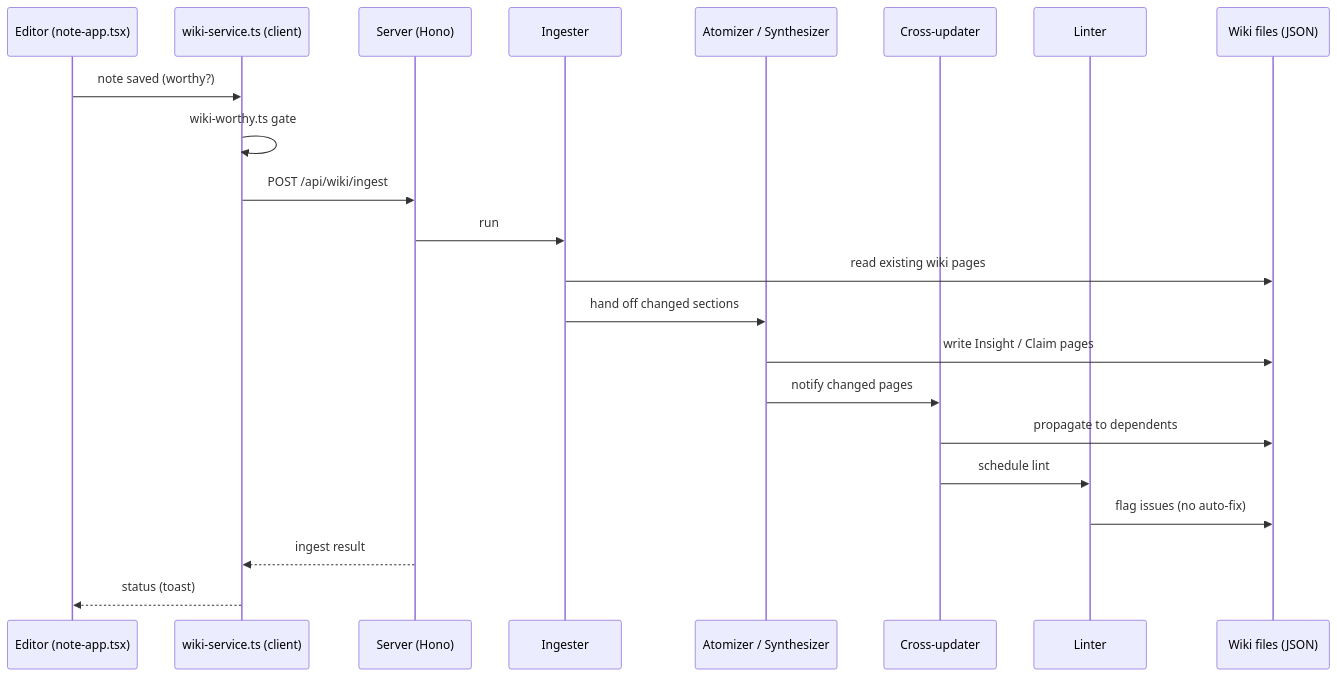
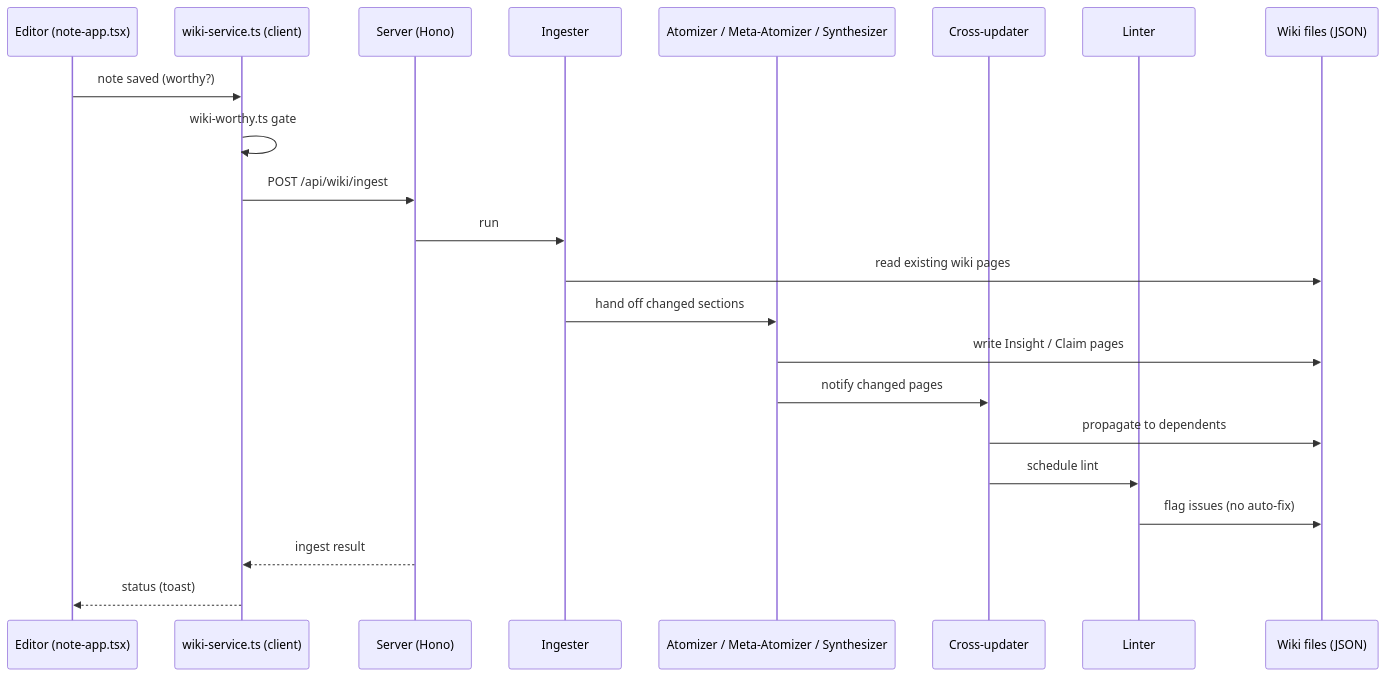
The second of 3 diagrams in docs/ARCHITECTURE.md (kumagallium/Graphium), drawn with Mermaid before and after one commit. The commit also changed other lines of this file and 10 other files, not shown here.

````diff
--- a/docs/ARCHITECTURE.md
+++ b/docs/ARCHITECTURE.md
@@ -242,25 +243,25 @@
 ```mermaid
 sequenceDiagram
     participant E as Editor (note-app.tsx)
     participant W as wiki-service.ts (client)
     participant S as Server (Hono)
     participant I as Ingester
-    participant A as Atomizer / Synthesizer
+    participant A as Atomizer / Meta-Atomizer / Synthesizer
     participant X as Cross-updater
     participant L as Linter
     participant FS as Wiki files (JSON)
 
     E->>W: note saved (worthy?)
     W->>W: wiki-worthy.ts gate
     W->>S: POST /api/wiki/ingest
     S->>I: run
     I->>FS: read existing wiki pages
     I->>A: hand off changed sections
     A->>FS: write Insight / Claim pages
     A->>X: notify changed pages
     X->>FS: propagate to dependents
     X->>L: schedule lint
     L->>FS: flag issues (no auto-fix)
     S-->>W: ingest result
     W-->>E: status (toast)
 ```
````
